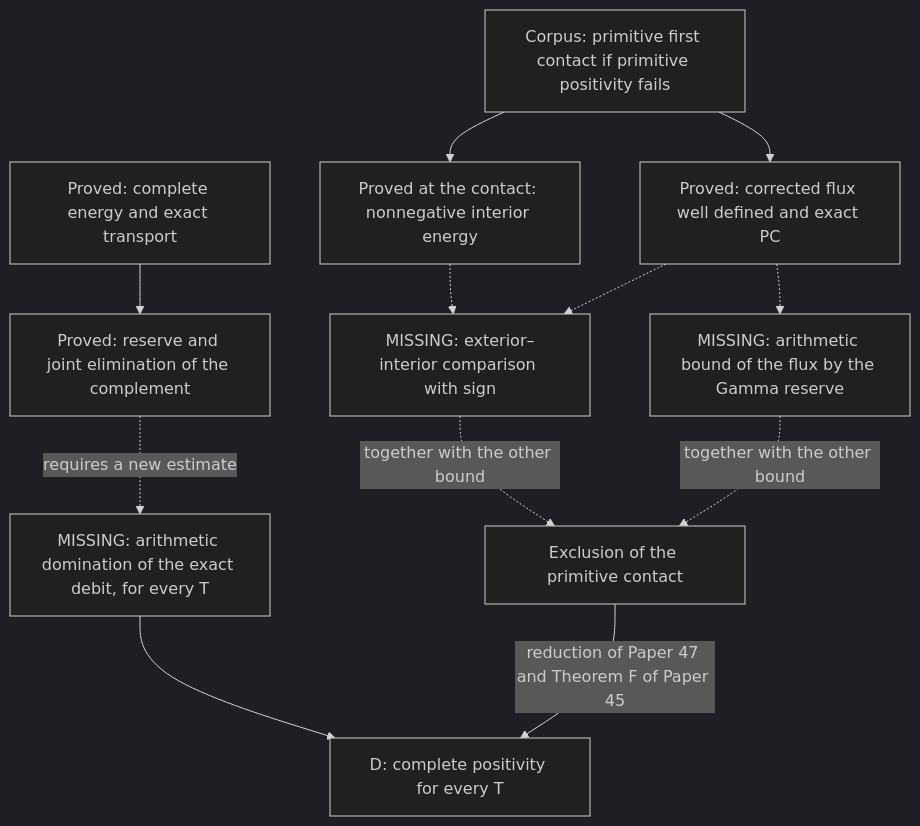
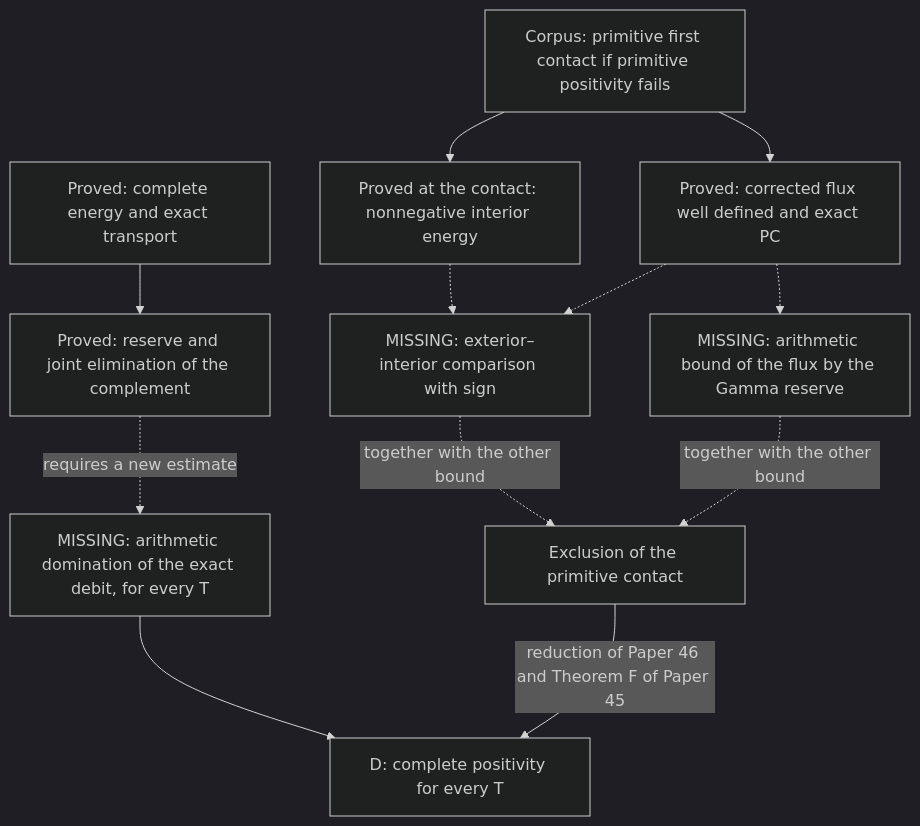
The diagram in 03-research/phase-170-global-prime-inequality/R170_818_PUZZLE_MAP.md (dtrejopizzo/riemann), drawn with Mermaid (dark theme) before and after one commit. The commit also changed other lines of this file and 1359 other files, not shown here.

````diff
--- a/03-research/phase-170-global-prime-inequality/R170_818_PUZZLE_MAP.md
+++ b/03-research/phase-170-global-prime-inequality/R170_818_PUZZLE_MAP.md
@@ -20,24 +20,24 @@
 ```mermaid
 flowchart TD
   D["D: complete positivity for every T"]
   E["Proved: complete energy and exact transport"]
   R["Proved: reserve and joint elimination of the complement"]
   A["MISSING: arithmetic domination of the exact debit, for every T"]
   P["Corpus: primitive first contact if primitive positivity fails"]
   I["Proved at the contact: nonnegative interior energy"]
   F["Proved: corrected flux well defined and exact PC"]
   G["MISSING: exterior–interior comparison with sign"]
   H["MISSING: arithmetic bound of the flux by the Gamma reserve"]
   X["Exclusion of the primitive contact"]
   E --> R
   R -. "requires a new estimate" .-> A
   A --> D
   P --> I
   P --> F
   I -.-> G
   F -.-> G
   F -.-> H
   G -. "together with the other bound" .-> X
   H -. "together with the other bound" .-> X
-  X -->|"reduction of Paper 47 and Theorem F of Paper 45"| D
+  X -->|"reduction of Paper 46 and Theorem F of Paper 45"| D
 ```
````
